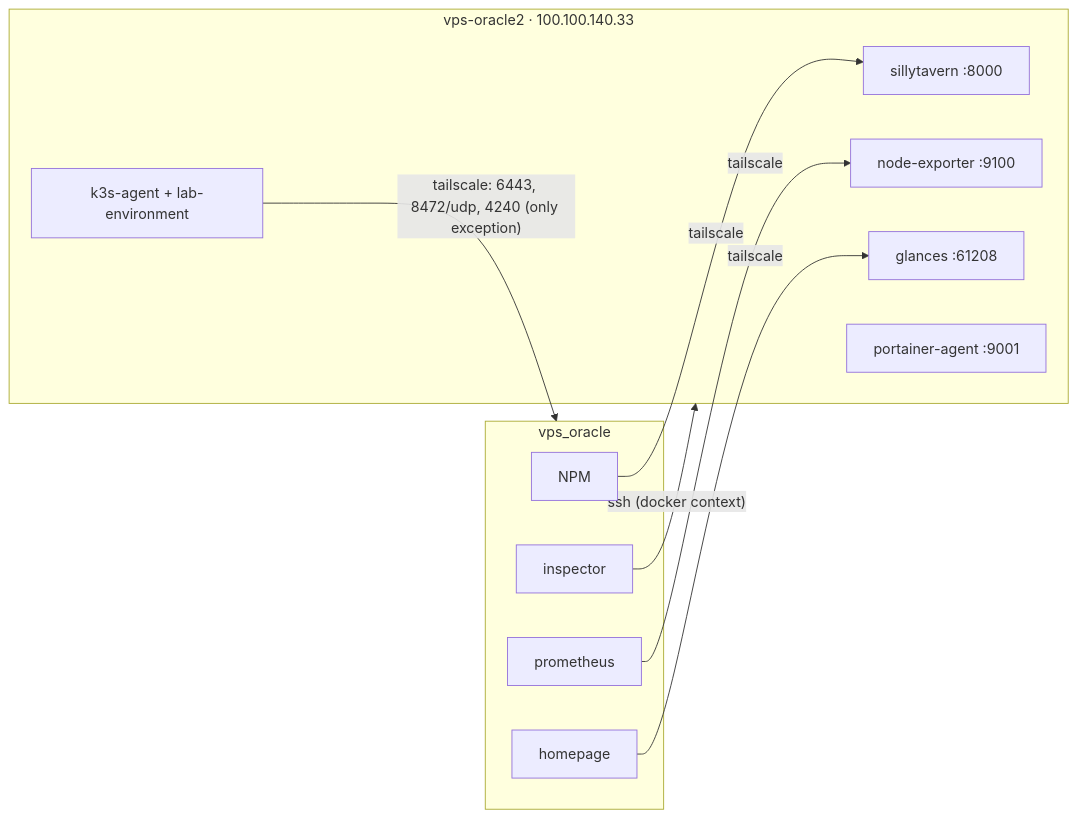
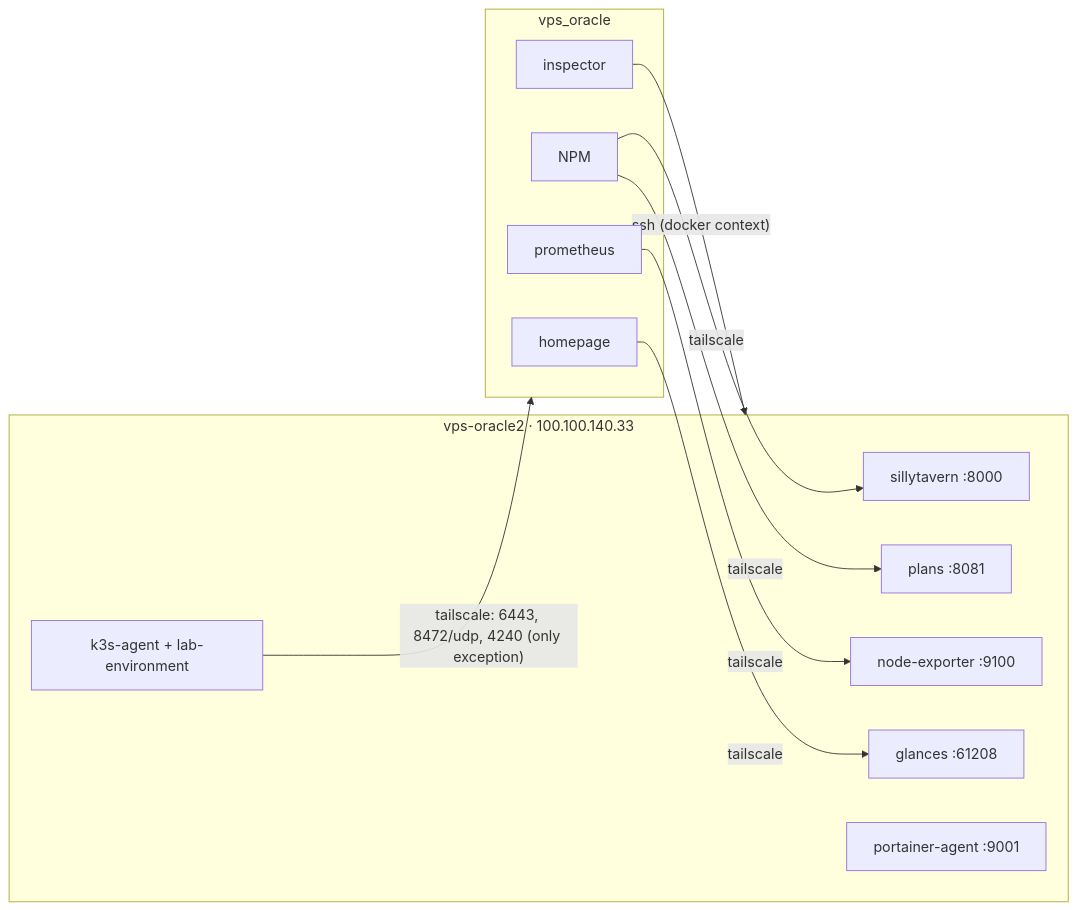
Before and after one commit to Jeromefromcn/docker-gitops: the diagram in vps_oracle2/README.md, drawn with Mermaid. The commit also changed other lines of this file and 5 other files, not shown here.

````diff
--- a/vps_oracle2/README.md
+++ b/vps_oracle2/README.md
@@ -29,21 +29,23 @@
 ```mermaid
 flowchart LR
   subgraph oracle[vps_oracle]
     NPM[NPM]
     PROM[prometheus]
     HP[homepage]
     INS[inspector]
   end
   subgraph o2[vps-oracle2 · 100.100.140.33]
     ST[sillytavern :8000]
+    PL[plans :8081]
     NE[node-exporter :9100]
     GL[glances :61208]
     PA[portainer-agent :9001]
     AG[k3s-agent + lab-environment]
   end
   NPM -- tailscale --> ST
+  NPM -- tailscale --> PL
   AG -- "tailscale: 6443, 8472/udp, 4240 (only exception)" --> oracle
   PROM -- tailscale --> NE
   HP -- tailscale --> GL
   INS -- "ssh (docker context)" --> o2
 ```
````
